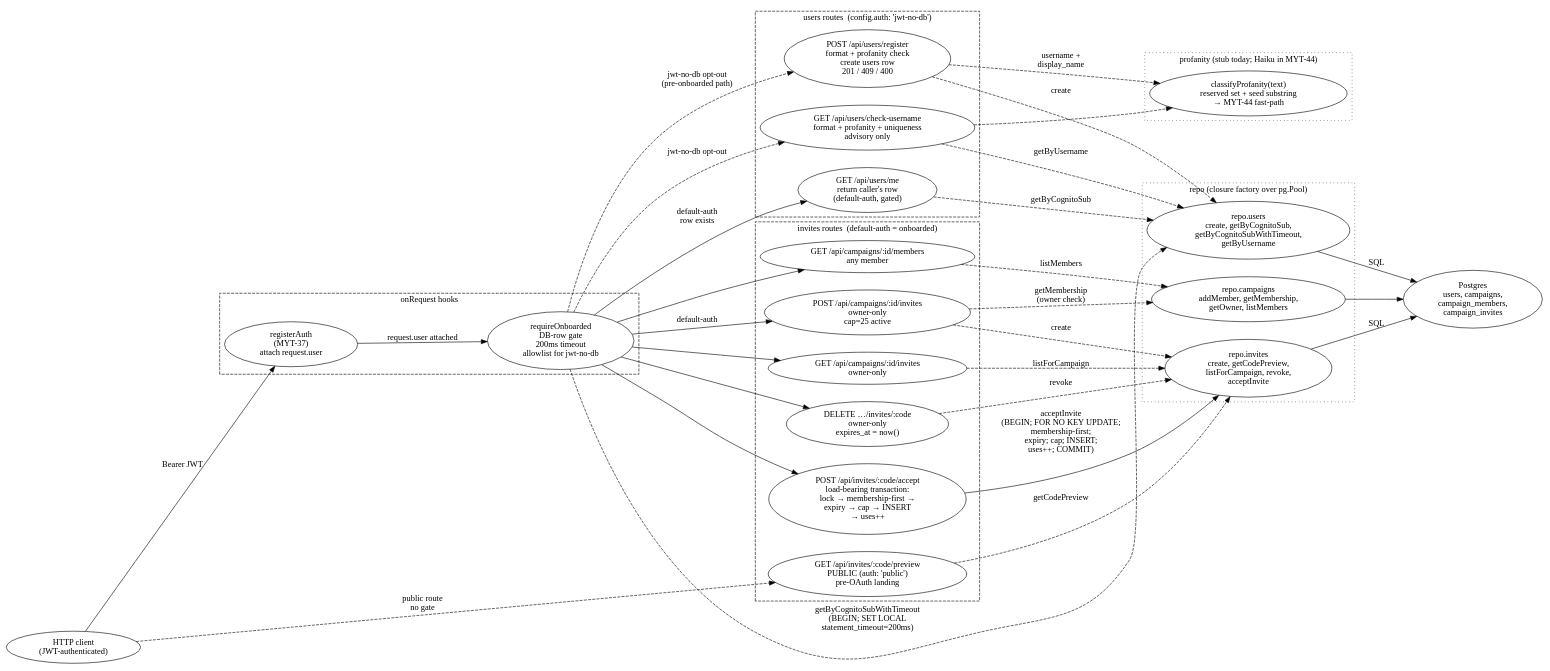
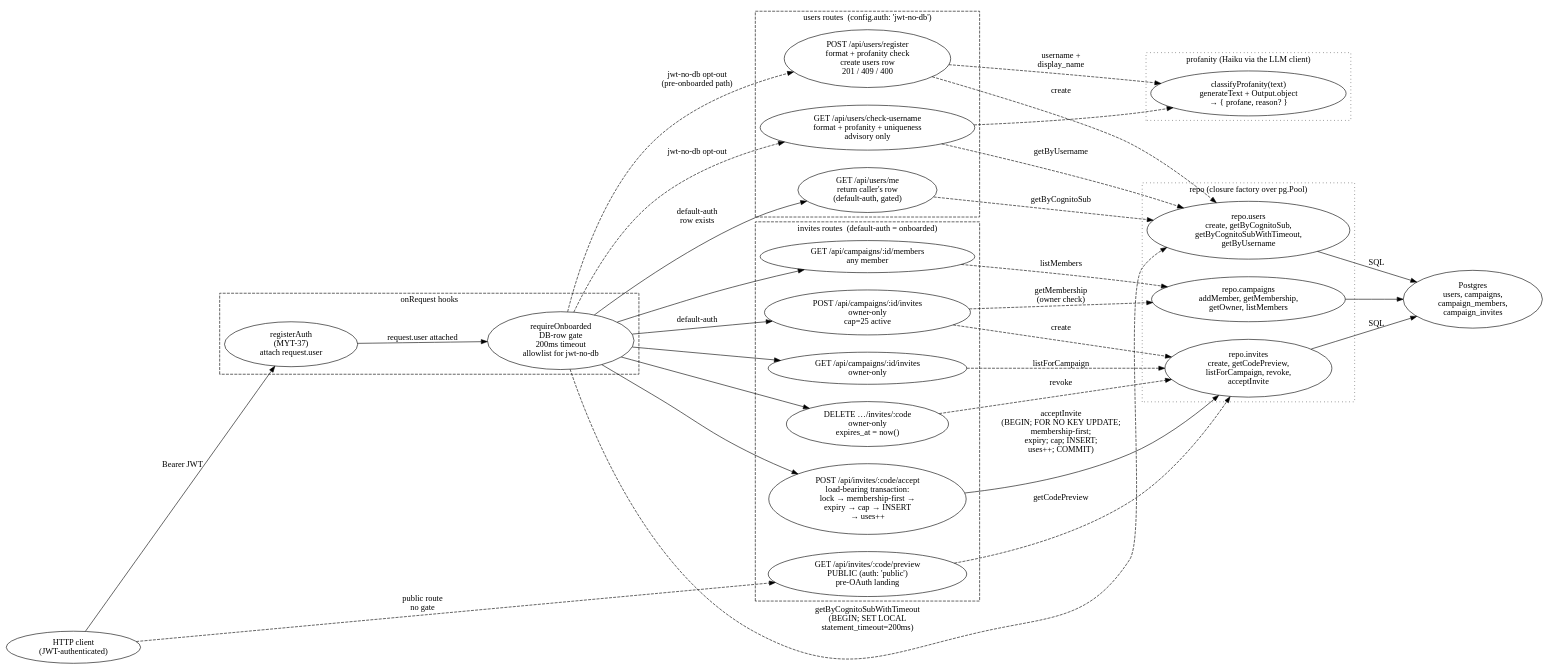
One commit to mythrun/mythrun changed the diagram in docs/wiki/diagrams/auth-billing/onboarding.dot. Above: the diagram before and after it, drawn with Graphviz. The commit also changed 11 other files, not shown here.

```diff
--- a/docs/wiki/diagrams/auth-billing/onboarding.dot
+++ b/docs/wiki/diagrams/auth-billing/onboarding.dot
@@ -1,100 +1,100 @@
 digraph onboarding {
   // The first-login flow + the invite system. A signed-in player has a
   // verified Cognito JWT but no users row yet — requireOnboarded gates
   // every protected route on that row's existence; POST /api/users/register
   // is the one route allowed to create it. Invites then let one DM-owner
   // pull others into a campaign by sharing a 12-char code.
   rankdir=LR;
   compound=true;
   nodesep=0.4;
   ranksep=0.8;
 
   client [label="HTTP client\n(JWT-authenticated)", color="ember", fontcolor="ember"];
 
   subgraph cluster_gates {
     label="onRequest hooks";
     style="dashed";
     color="ember";
     fontcolor="ember";
 
     auth      [label="registerAuth\n(MYT-37)\nattach request.user"];
     onboarded [label="requireOnboarded\nDB-row gate\n200ms timeout\nallowlist for jwt-no-db"];
   }
 
   subgraph cluster_routes_users {
     label="users routes  (config.auth: 'jwt-no-db')";
     style="dashed";
     color="ember";
     fontcolor="ember";
 
     register [label="POST /api/users/register\nformat + profanity check\ncreate users row\n201 / 409 / 400"];
     check    [label="GET /api/users/check-username\nformat + profanity + uniqueness\nadvisory only"];
     me       [label="GET /api/users/me\nreturn caller's row\n(default-auth, gated)"];
   }
 
   subgraph cluster_routes_invites {
     label="invites routes  (default-auth = onboarded)";
     style="dashed";
     color="ember";
     fontcolor="ember";
 
     invite_create  [label="POST /api/campaigns/:id/invites\nowner-only\ncap=25 active"];
     invite_list    [label="GET /api/campaigns/:id/invites\nowner-only"];
     invite_revoke  [label="DELETE …/invites/:code\nowner-only\nexpires_at = now()"];
     invite_preview [label="GET /api/invites/:code/preview\nPUBLIC (auth: 'public')\npre-OAuth landing"];
     invite_accept  [label="POST /api/invites/:code/accept\nload-bearing transaction:\nlock → membership-first →\nexpiry → cap → INSERT\n→ uses++"];
     members        [label="GET /api/campaigns/:id/members\nany member"];
   }
 
   subgraph cluster_repo {
     label="repo (closure factory over pg.Pool)";
     style="dotted";
 
     users_repo    [label="repo.users\ncreate, getByCognitoSub,\ngetByCognitoSubWithTimeout,\ngetByUsername"];
     invites_repo  [label="repo.invites\ncreate, getCodePreview,\nlistForCampaign, revoke,\nacceptInvite"];
     camps_repo    [label="repo.campaigns\naddMember, getMembership,\ngetOwner, listMembers"];
   }
 
   subgraph cluster_llm {
-    label="profanity (stub today; Haiku in MYT-44)";
+    label="profanity (Haiku via the LLM client)";
     style="dotted";
 
-    profanity [label="classifyProfanity(text)\nreserved set + seed substring\n→ MYT-44 fast-path"];
+    profanity [label="classifyProfanity(text)\ngenerateText + Output.object\n→ { profane, reason? }"];
   }
 
   pg [label="Postgres\nusers, campaigns,\ncampaign_members,\ncampaign_invites", color="ember", fontcolor="ember"];
 
   // Per-request flow
   client -> auth        [label="Bearer JWT"];
   auth   -> onboarded   [label="request.user attached"];
   onboarded -> register [label="jwt-no-db opt-out\n(pre-onboarded path)", style=dashed];
   onboarded -> check    [label="jwt-no-db opt-out", style=dashed];
   onboarded -> me       [label="default-auth\nrow exists"];
   onboarded -> invite_create  [label="default-auth"];
   onboarded -> invite_list    [label=""];
   onboarded -> invite_revoke  [label=""];
   onboarded -> invite_accept  [label=""];
   onboarded -> members        [label=""];
   client    -> invite_preview [label="public route\nno gate", style=dashed];
 
   // Route → repo
   register       -> users_repo   [label="create", style=dashed];
   register       -> profanity    [label="username +\ndisplay_name", style=dashed];
   check          -> users_repo   [label="getByUsername", style=dashed];
   check          -> profanity    [label="", style=dashed];
   me             -> users_repo   [label="getByCognitoSub", style=dashed];
   invite_create  -> camps_repo   [label="getMembership\n(owner check)", style=dashed];
   invite_create  -> invites_repo [label="create", style=dashed];
   invite_list    -> invites_repo [label="listForCampaign", style=dashed];
   invite_revoke  -> invites_repo [label="revoke", style=dashed];
   invite_preview -> invites_repo [label="getCodePreview", style=dashed];
   invite_accept  -> invites_repo [label="acceptInvite\n(BEGIN; FOR NO KEY UPDATE;\nmembership-first;\nexpiry; cap; INSERT;\nuses++; COMMIT)"];
   members        -> camps_repo   [label="listMembers", style=dashed];
 
   users_repo   -> pg [label="SQL"];
   invites_repo -> pg [label="SQL"];
   camps_repo   -> pg [label=""];
 
   // requireOnboarded itself reads
   onboarded -> users_repo [label="getByCognitoSubWithTimeout\n(BEGIN; SET LOCAL\nstatement_timeout=200ms)", style=dashed];
 }
```
